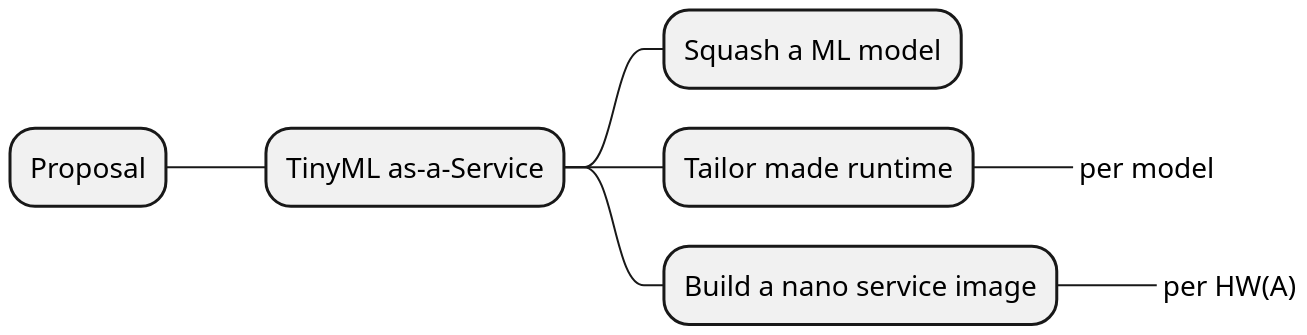
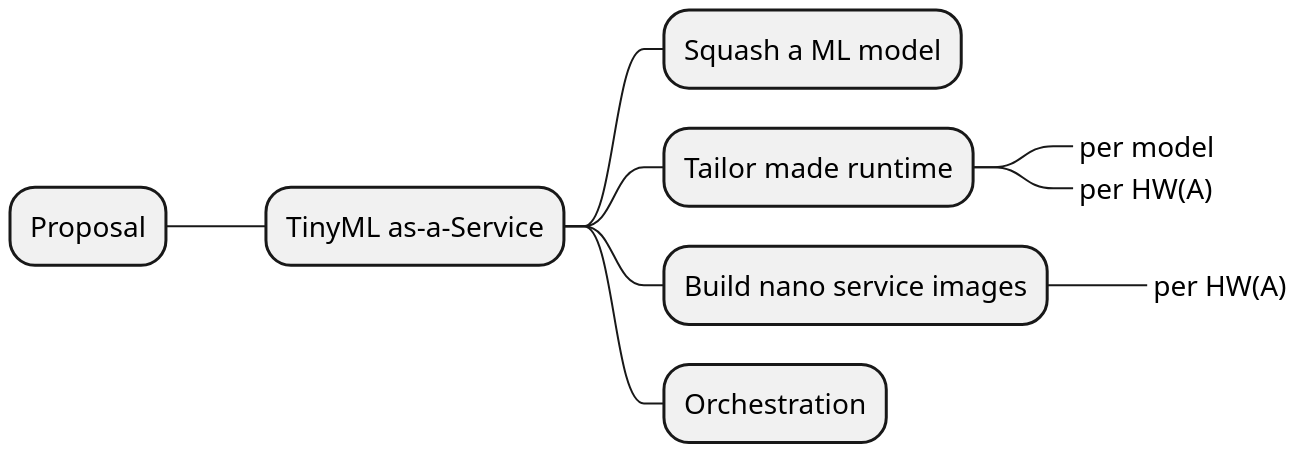
Before and after one commit to doyu/elc2019: the diagram in summary-proposal.puml, drawn with PlantUML. The commit also changed 5 other files, not shown here.

```diff
--- a/summary-proposal.puml
+++ b/summary-proposal.puml
@@ -1,10 +1,12 @@
 @startmindmap
 scale 2.0
 * Proposal
 ** TinyML as-a-Service
 *** Squash a ML model
 *** Tailor made runtime
 ****_ per model
-*** Build a nano service image
 ****_ per HW(A)
+*** Build nano service images
+****_ per HW(A)
+*** Orchestration
 @endmindmap
```
